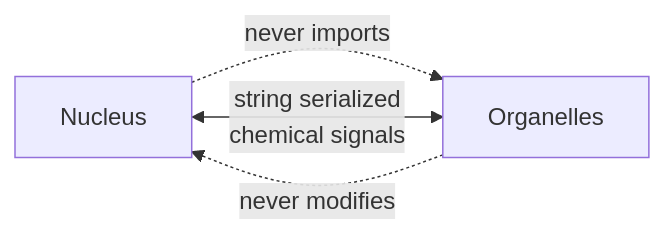
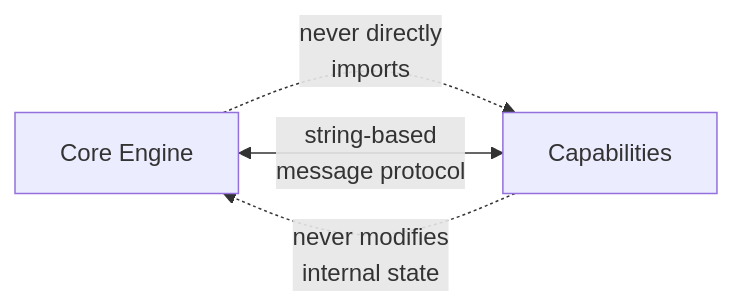
One commit to Redna/talos_runtime changed the second of 8 diagrams in docs/ARCHITECTURE.md. Above: the diagram before and after it, drawn with Mermaid. The commit also changed other lines of this file, not shown here.

Commit message:
Rewrite architecture doc: formal style, reduced biological references

````diff
--- a/docs/ARCHITECTURE.md
+++ b/docs/ARCHITECTURE.md
@@ -53,6 +43,6 @@
 ```mermaid
 graph LR
-    N["Nucleus"] -.->|"never imports"| O["Organelles"]
-    O -.->|"never modifies"| N
-    N <-->|"string serialized<br/>chemical signals"| O
+    C["Core Engine"] -.->|"never directly<br/>imports"| M["Capabilities"]
+    M -.->|"never modifies<br/>internal state"| C
+    C <-->|"string-based<br/>message protocol"| M
 ```
````
